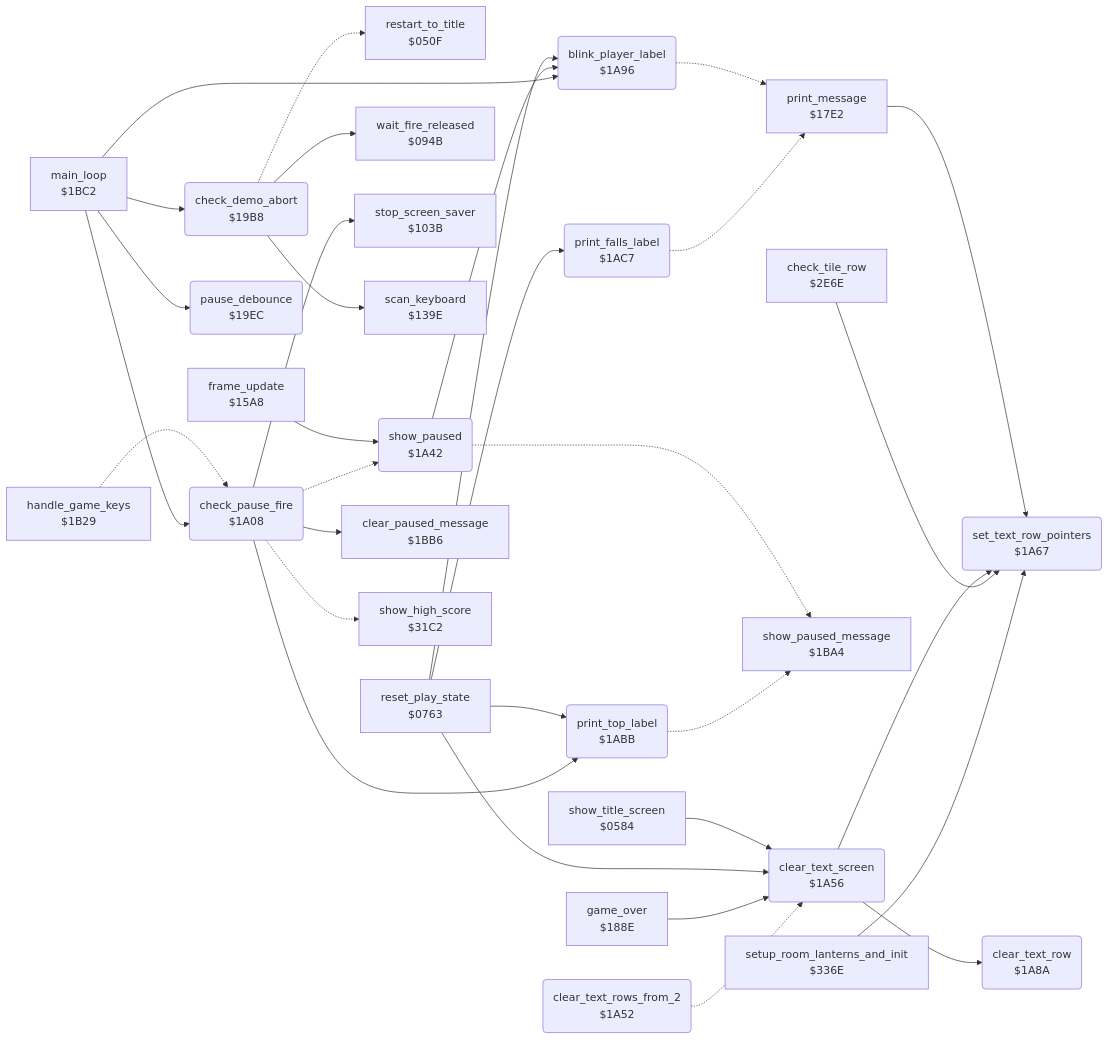
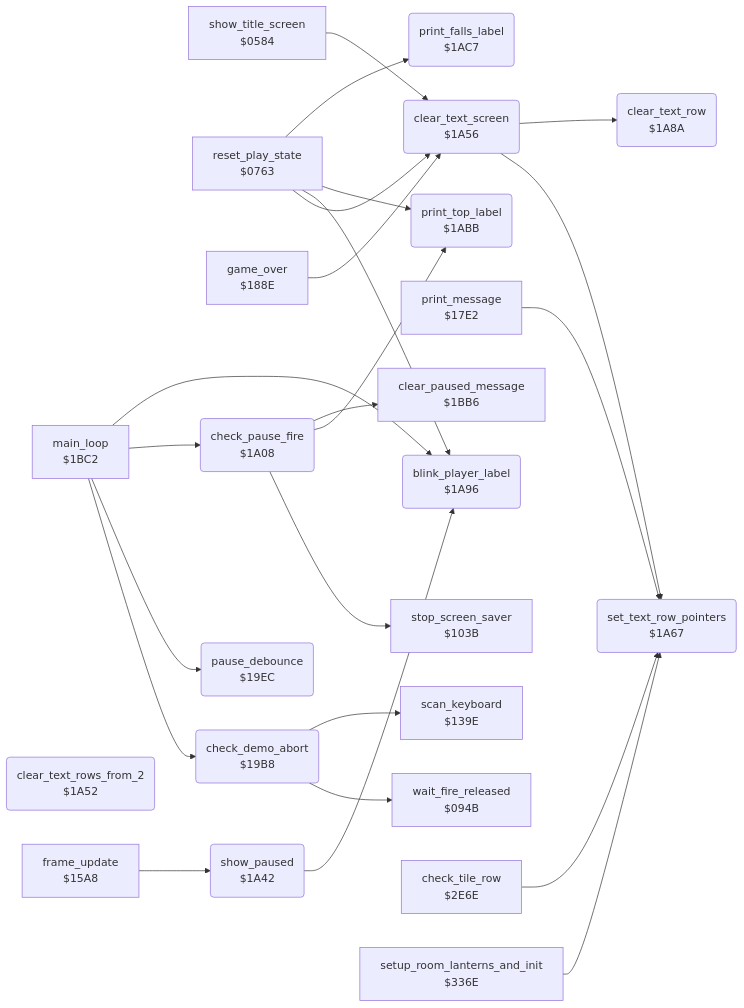
Before and after one commit to henols/c64_games: the diagram in bruce_lee/docs/reference/modules/game/pause_status_line.md, drawn with Mermaid. The commit also changed other lines of this file and 236 other files, not shown here.

````diff
--- a/bruce_lee/docs/reference/modules/game/pause_status_line.md
+++ b/bruce_lee/docs/reference/modules/game/pause_status_line.md
@@ -10,61 +27,48 @@
 ```mermaid
 flowchart LR
-  n050f["restart_to_title<br/>$050F"]
   n0584["show_title_screen<br/>$0584"]
   n0763["reset_play_state<br/>$0763"]
   n094b["wait_fire_released<br/>$094B"]
   n103b["stop_screen_saver<br/>$103B"]
   n139e["scan_keyboard<br/>$139E"]
   n15a8["frame_update<br/>$15A8"]
   n17e2["print_message<br/>$17E2"]
   n188e["game_over<br/>$188E"]
   n19b8("check_demo_abort<br/>$19B8")
   n19ec("pause_debounce<br/>$19EC")
   n1a08("check_pause_fire<br/>$1A08")
   n1a42("show_paused<br/>$1A42")
   n1a52("clear_text_rows_from_2<br/>$1A52")
   n1a56("clear_text_screen<br/>$1A56")
   n1a67("set_text_row_pointers<br/>$1A67")
   n1a8a("clear_text_row<br/>$1A8A")
   n1a96("blink_player_label<br/>$1A96")
   n1abb("print_top_label<br/>$1ABB")
   n1ac7("print_falls_label<br/>$1AC7")
-  n1b29["handle_game_keys<br/>$1B29"]
-  n1ba4["show_paused_message<br/>$1BA4"]
   n1bb6["clear_paused_message<br/>$1BB6"]
   n1bc2["main_loop<br/>$1BC2"]
   n2e6e["check_tile_row<br/>$2E6E"]
-  n31c2["show_high_score<br/>$31C2"]
   n336e["setup_room_lanterns_and_init<br/>$336E"]
   n0584 --> n1a56
   n0763 --> n1a56
   n0763 --> n1a96
   n0763 --> n1abb
   n0763 --> n1ac7
   n15a8 --> n1a42
   n17e2 --> n1a67
   n188e --> n1a56
-  n19b8 -.-> n050f
   n19b8 --> n094b
   n19b8 --> n139e
   n1a08 --> n103b
-  n1a08 -.-> n1a42
   n1a08 --> n1abb
   n1a08 --> n1bb6
-  n1a08 -.-> n31c2
   n1a42 --> n1a96
-  n1a42 -.-> n1ba4
-  n1a52 -.-> n1a56
   n1a56 --> n1a67
   n1a56 --> n1a8a
-  n1a96 -.-> n17e2
-  n1abb -.-> n1ba4
-  n1ac7 -.-> n17e2
-  n1b29 -.-> n1a08
   n1bc2 --> n19b8
   n1bc2 --> n19ec
   n1bc2 --> n1a08
   n1bc2 --> n1a96
   n2e6e --> n1a67
   n336e --> n1a67
 ```
````
